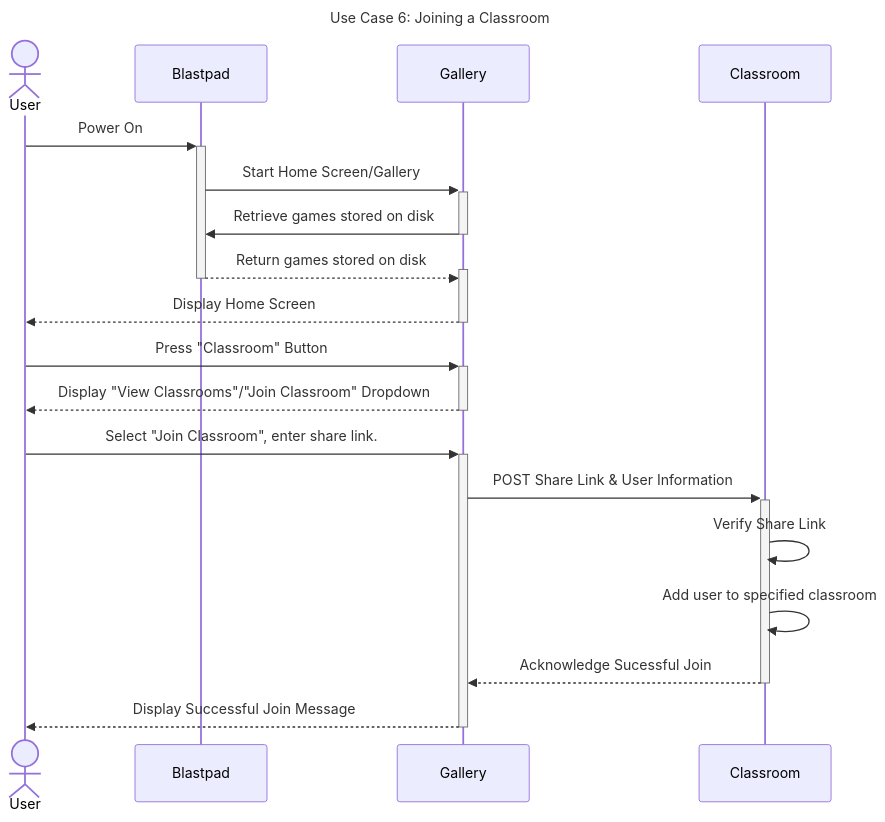
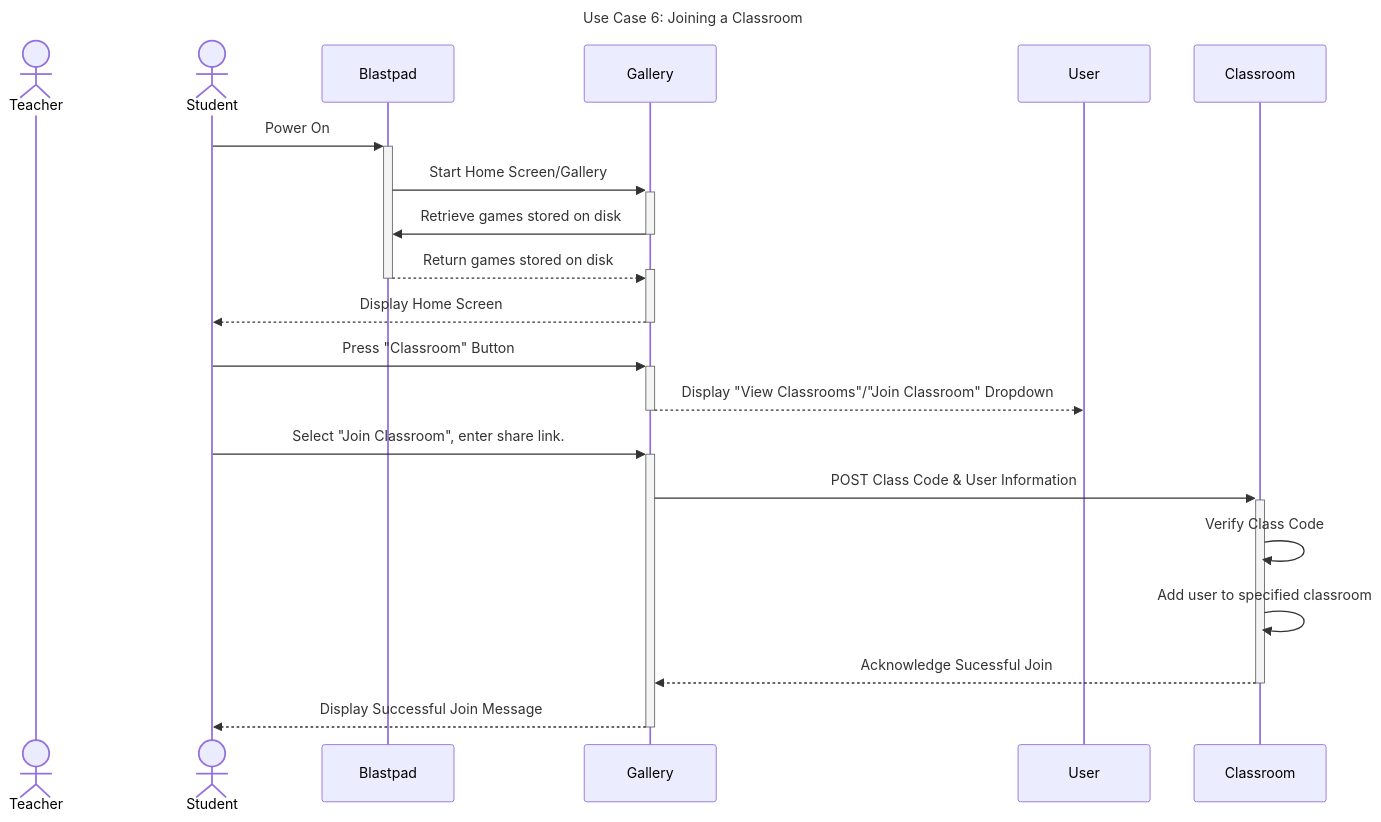
One commit to Capstone-Projects-2024-Spring/project-blastpad changed the sixth of 11 diagrams in documentation/docs/requirements/use-case-descriptions.md. Above: the diagram before and after it, drawn with Mermaid. The commit also changed other lines of this file, not shown here.

````diff
--- a/documentation/docs/requirements/use-case-descriptions.md
+++ b/documentation/docs/requirements/use-case-descriptions.md
@@ -218,24 +211,25 @@
 ```mermaid
 ---
 title: "Use Case 6: Joining a Classroom"
 ---
 sequenceDiagram
-actor User
-User->>+Blastpad: Power On
+actor Teacher
+actor Student
+Student->>+Blastpad: Power On
 Blastpad->>+Gallery: Start Home Screen/Gallery
 Gallery->>-Blastpad: Retrieve games stored on disk
 Blastpad-->>+Gallery: Return games stored on disk
 deactivate Blastpad	
-Gallery-->>-User: Display Home Screen
+Gallery-->>-Student: Display Home Screen
 
 
-User->>+Gallery: Press "Classroom" Button
+Student->>+Gallery: Press "Classroom" Button
 Gallery-->>-User: Display "View Classrooms"/"Join Classroom" Dropdown
-User->>+Gallery: Select "Join Classroom", enter share link.
-Gallery->>+Classroom: POST Share Link & User Information
-Classroom->>Classroom: Verify Share Link
+Student->>+Gallery: Select "Join Classroom", enter share link.
+Gallery->>+Classroom: POST Class Code & User Information
+Classroom->>Classroom: Verify Class Code
 Classroom->>Classroom: Add user to specified classroom
 Classroom-->>-Gallery: Acknowledge Sucessful Join
-Gallery-->>-User: Display Successful Join Message
+Gallery-->>-Student: Display Successful Join Message
 
 ```
````
